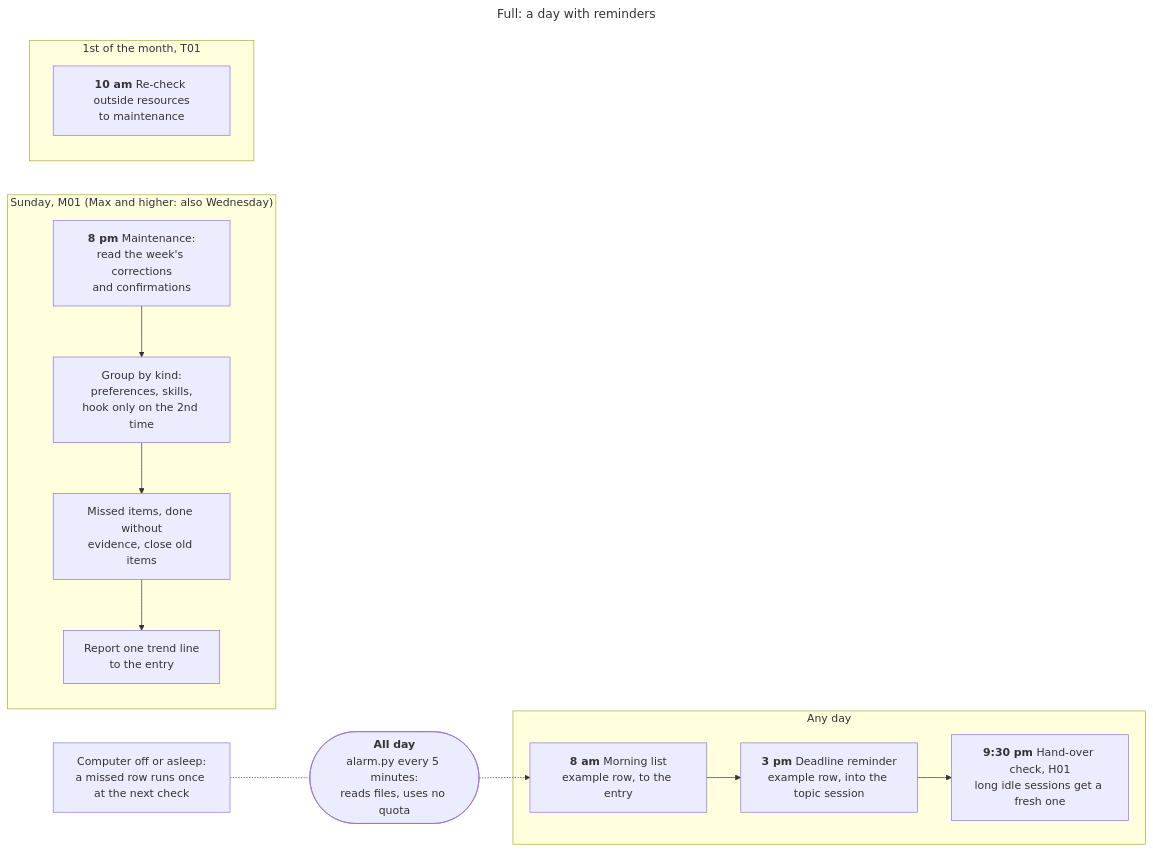
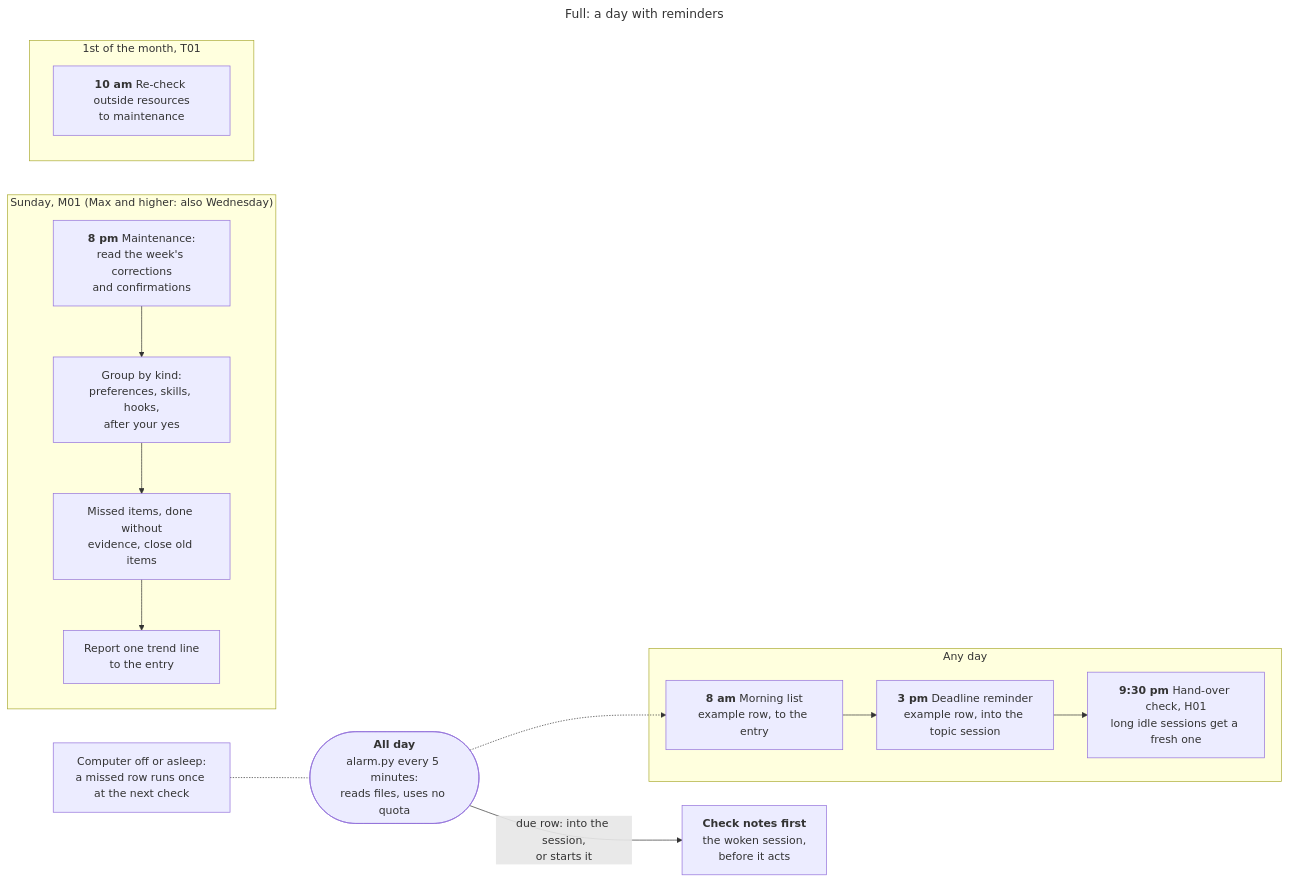
The fourth of 6 diagrams in docs/ADVANCED.md (0Smallcat0/second-brain-kit), drawn with Mermaid before and after one commit. The commit also changed other lines of this file and 36 other files, not shown here.

Commit message:
0.2.6: growth loop in Basic and Full - record corrections and confirmations, weekly light review

````diff
--- a/docs/ADVANCED.md
+++ b/docs/ADVANCED.md
@@ -191,19 +195,20 @@
 ```mermaid
 ---
 title: "Full: a day with reminders"
 ---
 flowchart LR
   Tick(["<b>All day</b><br/>alarm.py every 5 minutes:<br/>reads files, uses no quota"])
   Tick -.-> M
+  Tick -->|"due row: into the session,<br/>or starts it"| CK["<b>Check notes first</b><br/>the woken session,<br/>before it acts"]
   subgraph Day["Any day"]
     M["<b>8 am</b> Morning list<br/>example row, to the entry"] --> R["<b>3 pm</b> Deadline reminder<br/>example row, into the topic session"]
     R --> H["<b>9:30 pm</b> Hand-over check, H01<br/>long idle sessions get a fresh one"]
   end
   subgraph Sun["Sunday, M01 (Max and higher: also Wednesday)"]
-    W["<b>8 pm</b> Maintenance:<br/>read the week's corrections<br/>and confirmations"] --> W1["Group by kind:<br/>preferences, skills,<br/>hook only on the 2nd time"] --> W2["Missed items, done without<br/>evidence, close old items"] --> W3["Report one trend line<br/>to the entry"]
+    W["<b>8 pm</b> Maintenance:<br/>read the week's corrections<br/>and confirmations"] --> W1["Group by kind:<br/>preferences, skills, hooks,<br/>after your yes"] --> W2["Missed items, done without<br/>evidence, close old items"] --> W3["Report one trend line<br/>to the entry"]
   end
   subgraph Month["1st of the month, T01"]
     T1["<b>10 am</b> Re-check outside resources<br/>to maintenance"]
   end
   Off["Computer off or asleep:<br/>a missed row runs once at the next check"] -.- Tick
 ```
````
